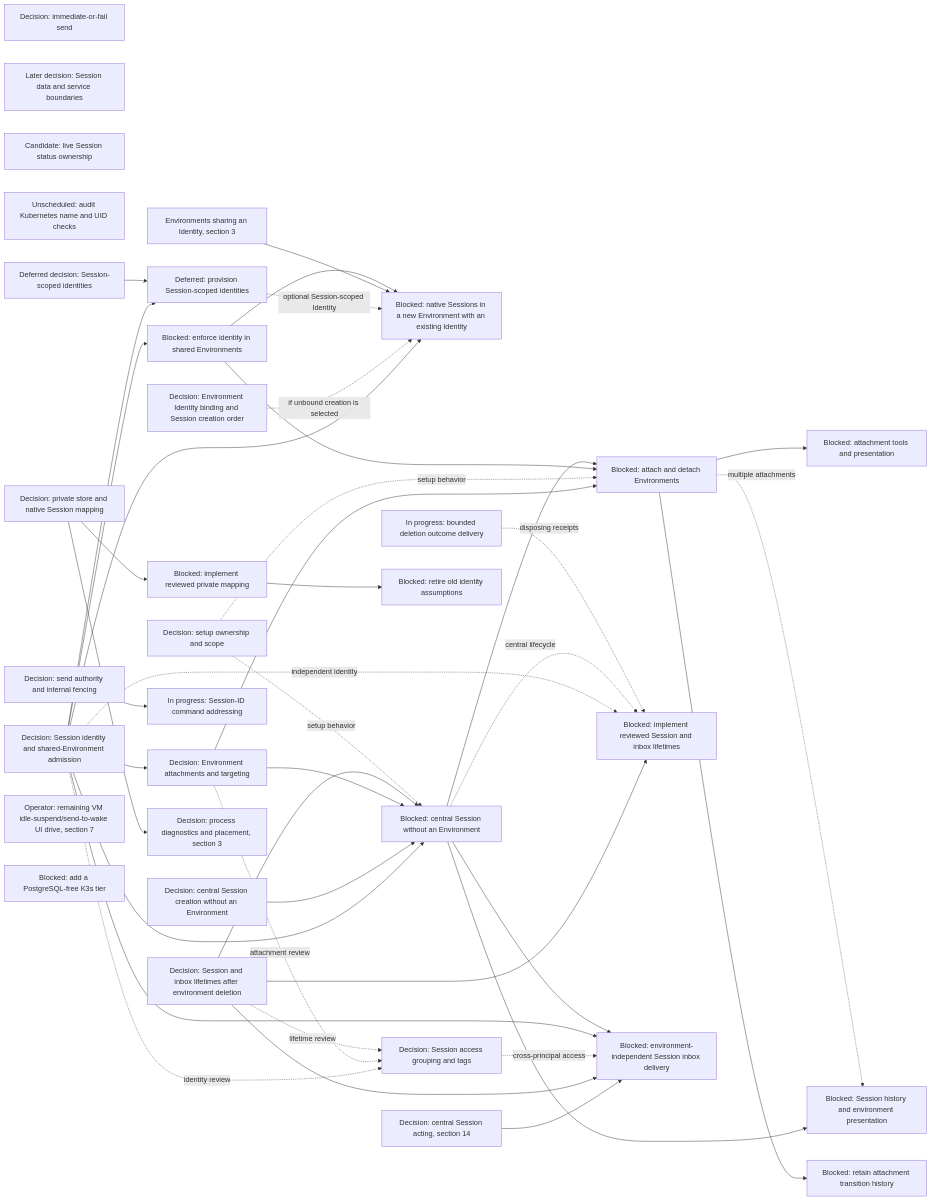
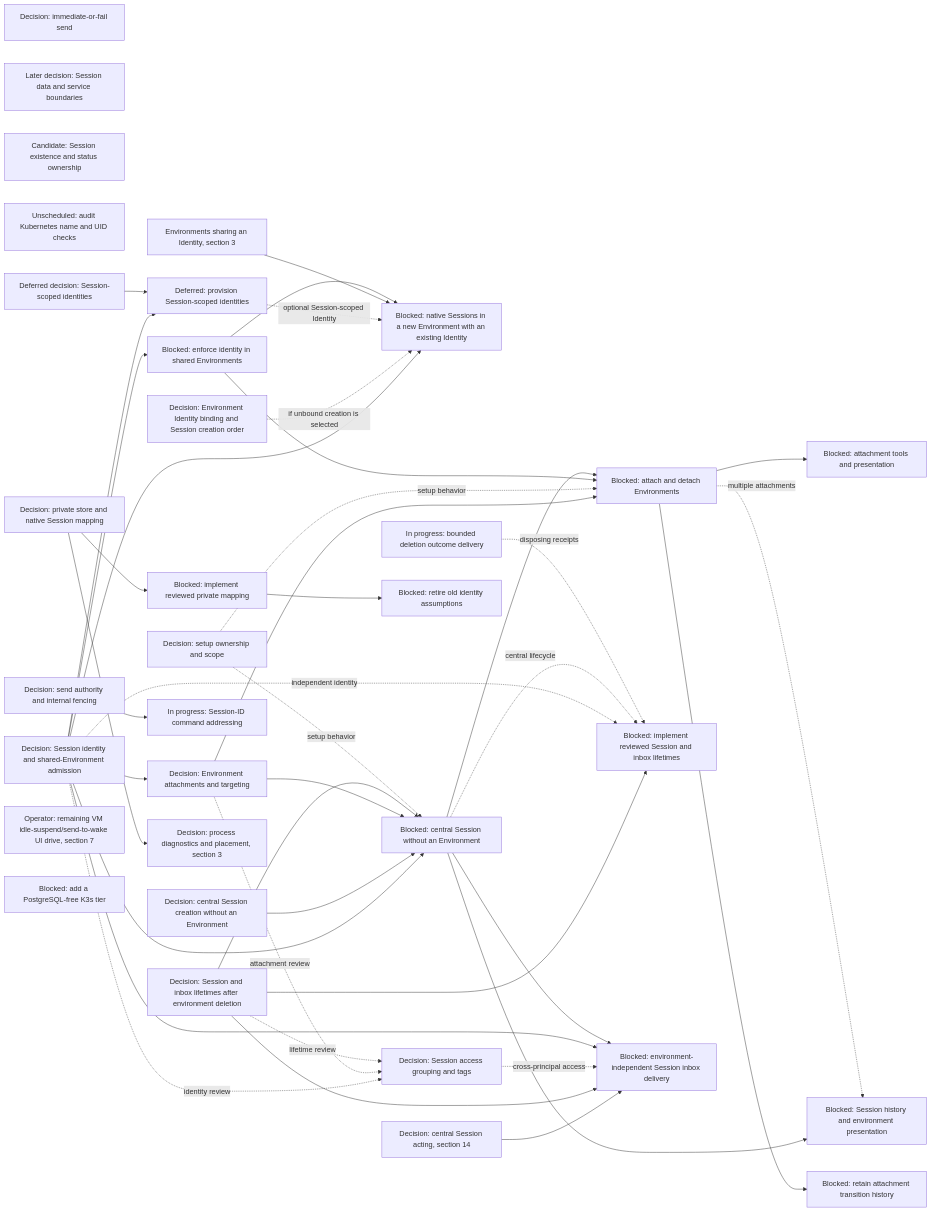
One commit to agentydragon/ducktape changed diagram 15 of 20 in agentplane/plans/task_dag.md. Above: the diagram before and after it, drawn with Mermaid. The commit also changed other lines of this file, not shown here.

First line of the commit message:
Record the operator's Session existence and status direction in the task DAG

````diff
--- a/agentplane/plans/task_dag.md
+++ b/agentplane/plans/task_dag.md
@@ -2448,73 +2448,73 @@
 ```mermaid
 flowchart LR
     DISPATCHER_PERSISTENCE_MODEL_DESIGN[Decision: immediate-or-fail send]
     SESSION_DATA_OWNERSHIP_DESIGN[Later decision: Session data and service boundaries]
-    SESSION_LIVE_STATUS_OWNERSHIP_DESIGN[Candidate: live Session status ownership]
+    SESSION_LIVE_STATUS_OWNERSHIP_DESIGN[Candidate: Session existence and status ownership]
     KUBERNETES_UID_CHECK_AUDIT[Unscheduled: audit Kubernetes name and UID checks]
     SESSION_IDENTITY_CONTRACT[Decision: Session identity and shared-Environment admission]
     ENVIRONMENT_IDENTITY_BINDING_DESIGN[Decision: Environment Identity binding and Session creation order]
     SESSION_IDENTITY_PROVISIONING_DESIGN[Deferred decision: Session-scoped identities]
     SESSION_MANAGED_IDENTITY[Deferred: provision Session-scoped identities]
     SESSION_NATIVE_IDENTITY_WORKFLOW[Blocked: native Sessions in a new Environment with an existing Identity]
     ENVIRONMENT_SHARED_IDENTITY[Environments sharing an Identity, section 3]
     SESSION_ACCESS_GROUPING_DESIGN[Decision: Session access grouping and tags]
     CENTRAL_SESSION_CREATION_CONTRACT[Decision: central Session creation without an Environment]
     SESSION_ATTACHMENT_CONTRACT[Decision: Environment attachments and targeting]
     SESSION_ENVIRONMENT_SETUP_DESIGN[Decision: setup ownership and scope]
     SESSION_IDENTITY_ENFORCEMENT[Blocked: enforce identity in shared Environments]
     CENTRAL_SESSION_WITHOUT_ENVIRONMENT[Blocked: central Session without an Environment]
     SESSION_ENV_ATTACHMENTS[Blocked: attach and detach Environments]
     SESSION_ATTACHMENT_SURFACES[Blocked: attachment tools and presentation]
     SESSION_ATTACHMENT_HISTORY[Blocked: retain attachment transition history]
     SESSION_LIFETIME_IMPLEMENTATION[Blocked: implement reviewed Session and inbox lifetimes]
     CENTRAL_SESSION_NOTIFICATIONS[Blocked: environment-independent Session inbox delivery]
     DELIVERY_DESTINATION_AUTHORITY_DESIGN[Decision: send authority and internal fencing]
     SESSION_DELETION_FENCE[In progress: bounded deletion outcome delivery]
     SESSION_AND_INBOX_LIFETIME[Decision: Session and inbox lifetimes after environment deletion]
     DELIVERY_DESTINATION_CONTRACT[In progress: Session-ID command addressing]
     SESSION_HISTORY_PRESENTATION[Blocked: Session history and environment presentation]
     SESSION_IDENTITY_CONTRACT --> CENTRAL_SESSION_WITHOUT_ENVIRONMENT
     CENTRAL_SESSION_ACTING_DESIGN[Decision: central Session acting, section 14] --> CENTRAL_SESSION_NOTIFICATIONS
     CENTRAL_SESSION_CREATION_CONTRACT --> CENTRAL_SESSION_WITHOUT_ENVIRONMENT
     SESSION_ATTACHMENT_CONTRACT --> CENTRAL_SESSION_WITHOUT_ENVIRONMENT
     SESSION_AND_INBOX_LIFETIME --> CENTRAL_SESSION_WITHOUT_ENVIRONMENT
     SESSION_IDENTITY_CONTRACT --> SESSION_IDENTITY_ENFORCEMENT
     SESSION_IDENTITY_CONTRACT --> SESSION_MANAGED_IDENTITY
     SESSION_IDENTITY_PROVISIONING_DESIGN --> SESSION_MANAGED_IDENTITY
     SESSION_IDENTITY_CONTRACT --> SESSION_NATIVE_IDENTITY_WORKFLOW
     ENVIRONMENT_IDENTITY_BINDING_DESIGN -. if unbound creation is selected .-> SESSION_NATIVE_IDENTITY_WORKFLOW
     SESSION_MANAGED_IDENTITY -. optional Session-scoped Identity .-> SESSION_NATIVE_IDENTITY_WORKFLOW
     ENVIRONMENT_SHARED_IDENTITY --> SESSION_NATIVE_IDENTITY_WORKFLOW
     SESSION_IDENTITY_ENFORCEMENT --> SESSION_NATIVE_IDENTITY_WORKFLOW
     SESSION_IDENTITY_CONTRACT --> SESSION_ATTACHMENT_CONTRACT
     SESSION_ATTACHMENT_CONTRACT --> SESSION_ENV_ATTACHMENTS
     SESSION_ENVIRONMENT_SETUP_DESIGN -. setup behavior .-> SESSION_ENV_ATTACHMENTS
     SESSION_ENVIRONMENT_SETUP_DESIGN -. setup behavior .-> CENTRAL_SESSION_WITHOUT_ENVIRONMENT
     SESSION_IDENTITY_ENFORCEMENT --> SESSION_ENV_ATTACHMENTS
     CENTRAL_SESSION_WITHOUT_ENVIRONMENT --> SESSION_ENV_ATTACHMENTS
     SESSION_ENV_ATTACHMENTS --> SESSION_ATTACHMENT_SURFACES
     SESSION_ENV_ATTACHMENTS --> SESSION_ATTACHMENT_HISTORY
     CENTRAL_SESSION_WITHOUT_ENVIRONMENT --> SESSION_HISTORY_PRESENTATION
     SESSION_ENV_ATTACHMENTS -. multiple attachments .-> SESSION_HISTORY_PRESENTATION
     SESSION_AND_INBOX_LIFETIME --> SESSION_LIFETIME_IMPLEMENTATION
     SESSION_IDENTITY_CONTRACT -. independent identity .-> SESSION_LIFETIME_IMPLEMENTATION
     CENTRAL_SESSION_WITHOUT_ENVIRONMENT -. central lifecycle .-> SESSION_LIFETIME_IMPLEMENTATION
     SESSION_DELETION_FENCE -. disposing receipts .-> SESSION_LIFETIME_IMPLEMENTATION
     SESSION_AND_INBOX_LIFETIME --> CENTRAL_SESSION_NOTIFICATIONS
     SESSION_IDENTITY_CONTRACT -. identity review .-> SESSION_ACCESS_GROUPING_DESIGN
     SESSION_ATTACHMENT_CONTRACT -. attachment review .-> SESSION_ACCESS_GROUPING_DESIGN
     SESSION_AND_INBOX_LIFETIME -. lifetime review .-> SESSION_ACCESS_GROUPING_DESIGN
     SESSION_ACCESS_GROUPING_DESIGN -. cross-principal access .-> CENTRAL_SESSION_NOTIFICATIONS
     SESSION_IDENTITY_CONTRACT --> CENTRAL_SESSION_NOTIFICATIONS
     CENTRAL_SESSION_WITHOUT_ENVIRONMENT --> CENTRAL_SESSION_NOTIFICATIONS
     HARNESS_IDENTITY_DESIGN[Decision: private store and native Session mapping]
     RUNNER_STORE_SESSION_IDENTITY[Blocked: implement reviewed private mapping]
     RUNNER_IDENTITY_LEGACY_CLEANUP[Blocked: retire old identity assumptions]
     IDLE_SUSPEND_UI_DRIVE[Operator: remaining VM idle-suspend/send-to-wake UI drive, section 7]
     RUNNER_HARNESS_OBJECTS_DESIGN[Decision: process diagnostics and placement, section 3]
     CNPG_FREE_K3S_INTEGRATION_TIER[Blocked: add a PostgreSQL-free K3s tier]
     DELIVERY_DESTINATION_AUTHORITY_DESIGN --> DELIVERY_DESTINATION_CONTRACT
     RUNNER_STORE_SESSION_IDENTITY --> RUNNER_IDENTITY_LEGACY_CLEANUP
     HARNESS_IDENTITY_DESIGN --> RUNNER_STORE_SESSION_IDENTITY
     HARNESS_IDENTITY_DESIGN --> RUNNER_HARNESS_OBJECTS_DESIGN
 ```
````
